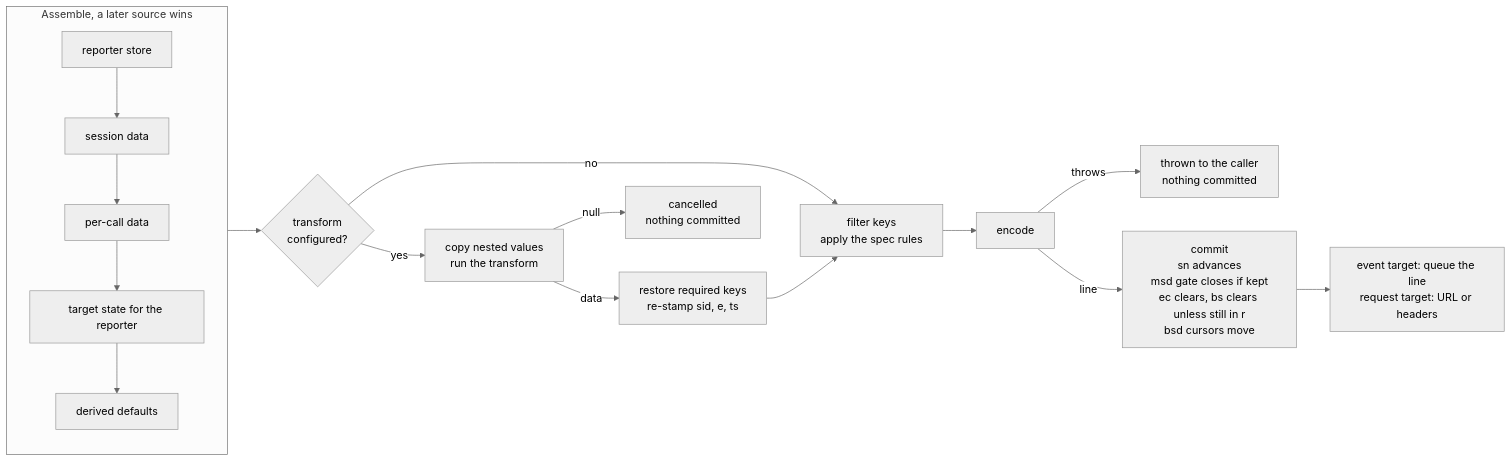
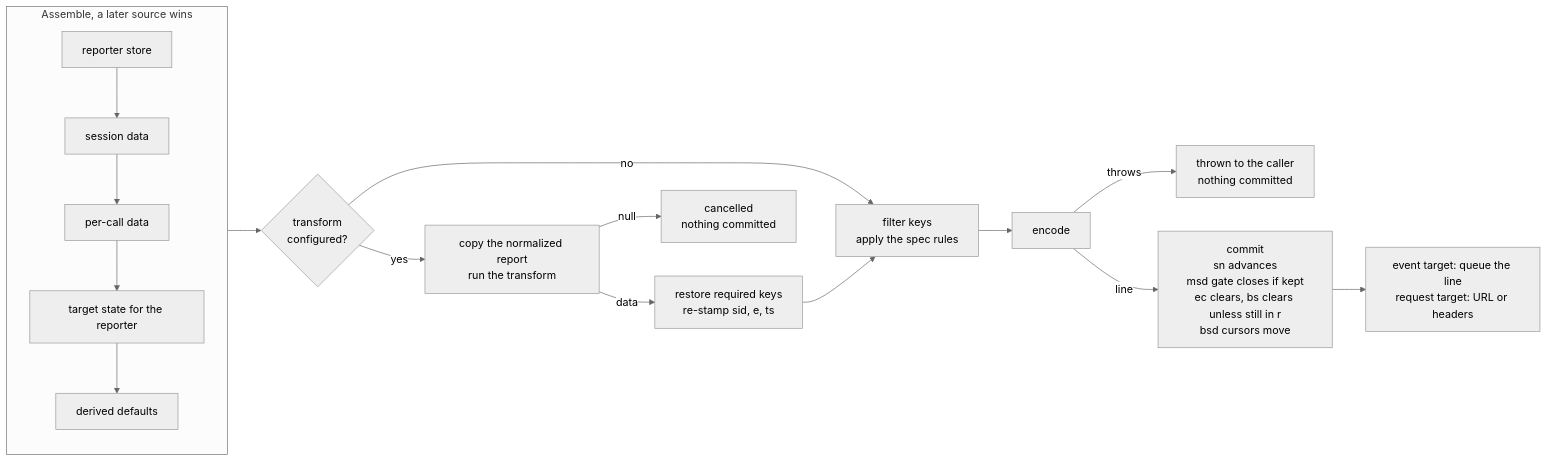
The fourth of 5 diagrams in rfc/cmcd-session-api.md (streaming-video-technology-alliance/common-media-library), drawn with Mermaid (neutral theme) before and after one commit. The commit also changed other lines of this file, not shown here.

Commit message:
docs(rfc): name the request each session API transform receives

````diff
--- a/rfc/cmcd-session-api.md
+++ b/rfc/cmcd-session-api.md
@@ -466,16 +466,16 @@
 ```mermaid
 flowchart LR
     subgraph assemble["Assemble, a later source wins"]
         direction TB
         s1["reporter store"] --> s2["session data"] --> s3["per-call data"] --> s4["target state for the reporter"] --> s5["derived defaults"]
     end
     assemble --> tq{"transform<br>configured?"}
     tq -- no --> prep["filter keys<br>apply the spec rules"]
-    tq -- yes --> tr["copy nested values<br>run the transform"]
+    tq -- yes --> tr["copy the normalized report<br>run the transform"]
     tr -- null --> cancel["cancelled<br>nothing committed"]
     tr -- data --> restore["restore required keys<br>re-stamp sid, e, ts"] --> prep
     prep --> enc["encode"]
     enc -- throws --> fail["thrown to the caller<br>nothing committed"]
     enc -- line --> commit["commit<br>sn advances<br>msd gate closes if kept<br>ec clears, bs clears unless still in r<br>bsd cursors move"]
     commit --> out["event target: queue the line<br>request target: URL or headers"]
 ```
````
